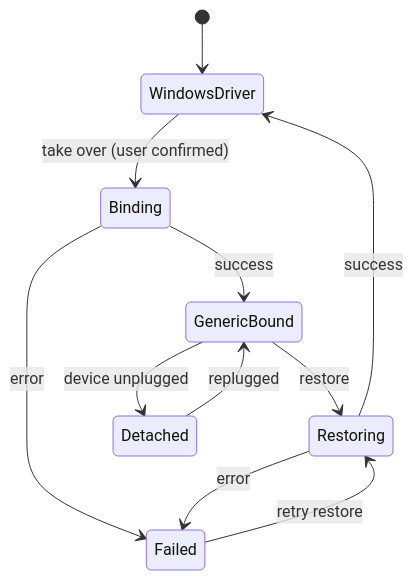
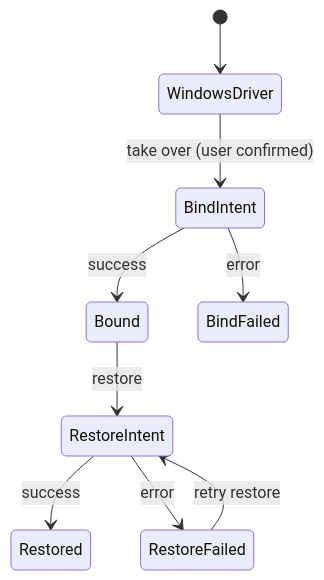
Before and after one commit to smile-forge/nexaflow: the second of 2 diagrams in docs/usb-probe-spec.md, drawn with Mermaid. The commit also changed other lines of this file and 162 other files, not shown here.

````diff
--- a/docs/usb-probe-spec.md
+++ b/docs/usb-probe-spec.md
@@ -242,13 +220,11 @@
 ```mermaid
 stateDiagram-v2
     [*] --> WindowsDriver
-    WindowsDriver --> Binding: take over (user confirmed)
-    Binding --> GenericBound: success
-    Binding --> Failed: error
-    GenericBound --> Restoring: restore
-    Restoring --> WindowsDriver: success
-    Restoring --> Failed: error
-    Failed --> Restoring: retry restore
-    GenericBound --> Detached: device unplugged
-    Detached --> GenericBound: replugged
+    WindowsDriver --> BindIntent: take over (user confirmed)
+    BindIntent --> Bound: success
+    BindIntent --> BindFailed: error
+    Bound --> RestoreIntent: restore
+    RestoreIntent --> Restored: success
+    RestoreIntent --> RestoreFailed: error
+    RestoreFailed --> RestoreIntent: retry restore
 ```
````
